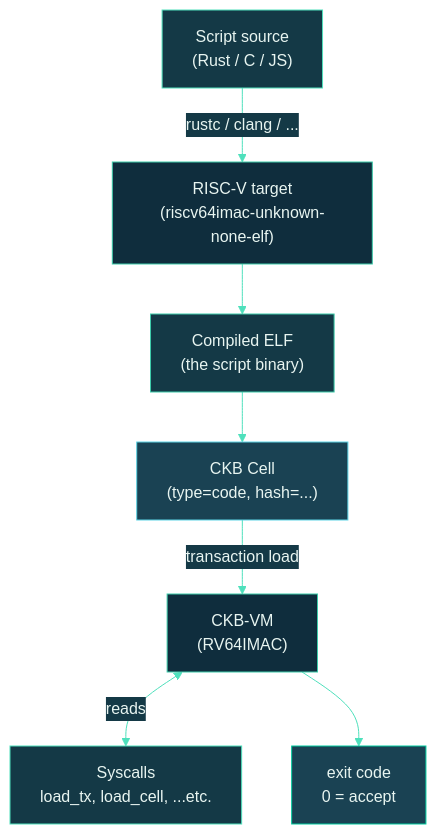
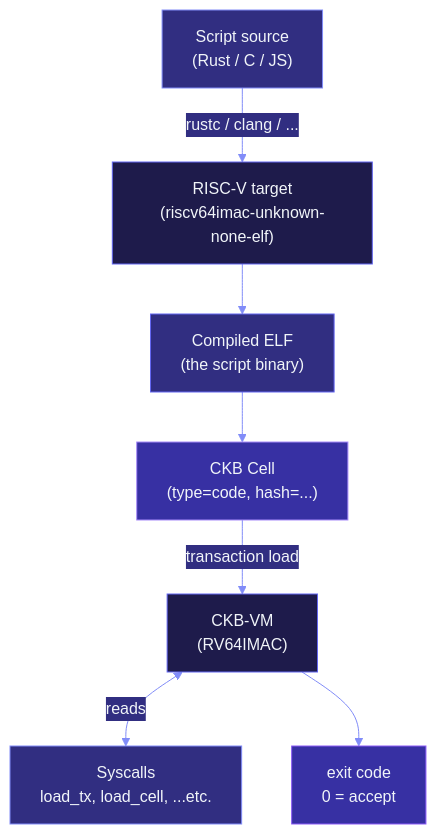
One commit to Myelin-Labs/Myelin changed the diagram in docs/concepts/what-is-ckb-vm.md. Above: the diagram before and after it, drawn with Mermaid. The commit also changed 31 other files, not shown here.

````diff
--- a/docs/concepts/what-is-ckb-vm.md
+++ b/docs/concepts/what-is-ckb-vm.md
@@ -31,36 +31,36 @@
 ```mermaid
 %%{init: {
   "theme": "base",
   "themeVariables": {
-    "primaryColor": "#0F2D3D",
-    "primaryTextColor": "#E8F5F1",
-    "primaryBorderColor": "#3CCBAA",
-    "lineColor": "#4EE0BC",
-    "secondaryColor": "#143946",
-    "tertiaryColor": "#1A4253"
+    "primaryColor": "#1E1B4B",
+    "primaryTextColor": "#F1F5F9",
+    "primaryBorderColor": "#6366F1",
+    "lineColor": "#818CF8",
+    "secondaryColor": "#312E81",
+    "tertiaryColor": "#3730A3"
   }
 }}%%
 flowchart TB
     SRC["Script source<br/>(Rust / C / JS)"]:::src
     TARGET["RISC-V target<br/>(riscv64imac-unknown-none-elf)"]:::target
     ELF["Compiled ELF<br/>(the script binary)"]:::elf
     CELL["CKB Cell<br/>(type=code, hash=...)"]:::cell
     VM["CKB-VM<br/>(RV64IMAC)"]:::vm
     SYSCALL["Syscalls<br/>load_tx, load_cell, ...etc."]:::sys
     VERDICT["exit code<br/>0 = accept"]:::verdict
 
     SRC -->|rustc / clang / ...| TARGET
     TARGET --> ELF
     ELF --> CELL
     CELL -->|transaction load| VM
     VM <-->|reads| SYSCALL
     VM --> VERDICT
 
-    classDef src     fill:#143946,stroke:#4EE0BC,color:#E8F5F1;
-    classDef target  fill:#0F2D3D,stroke:#3CCBAA,color:#E8F5F1;
-    classDef elf     fill:#143946,stroke:#3CCBAA,color:#E8F5F1;
-    classDef cell    fill:#1A4253,stroke:#5DD4E5,color:#E8F5F1;
-    classDef vm      fill:#0F2D3D,stroke:#3CCBAA,color:#E8F5F1;
-    classDef sys     fill:#143946,stroke:#4EE0BC,color:#E8F5F1;
-    classDef verdict fill:#1A4253,stroke:#00CC9F,color:#E8F5F1;
+    classDef src     fill:#312E81,stroke:#818CF8,color:#F1F5F9;
+    classDef target  fill:#1E1B4B,stroke:#6366F1,color:#F1F5F9;
+    classDef elf     fill:#312E81,stroke:#6366F1,color:#F1F5F9;
+    classDef cell    fill:#3730A3,stroke:#A78BFA,color:#F1F5F9;
+    classDef vm      fill:#1E1B4B,stroke:#6366F1,color:#F1F5F9;
+    classDef sys     fill:#312E81,stroke:#818CF8,color:#F1F5F9;
+    classDef verdict fill:#3730A3,stroke:#8B5CF6,color:#F1F5F9;
 ```
````
